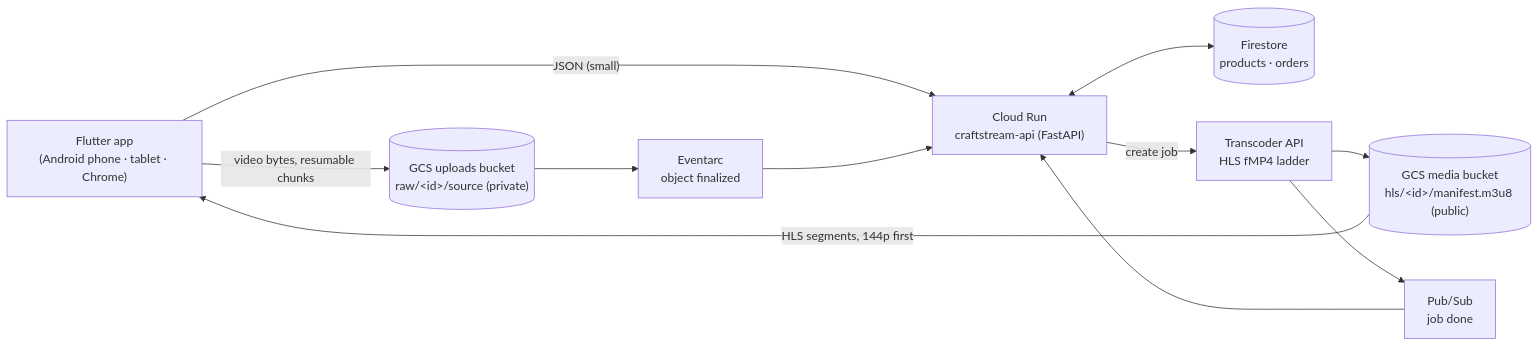
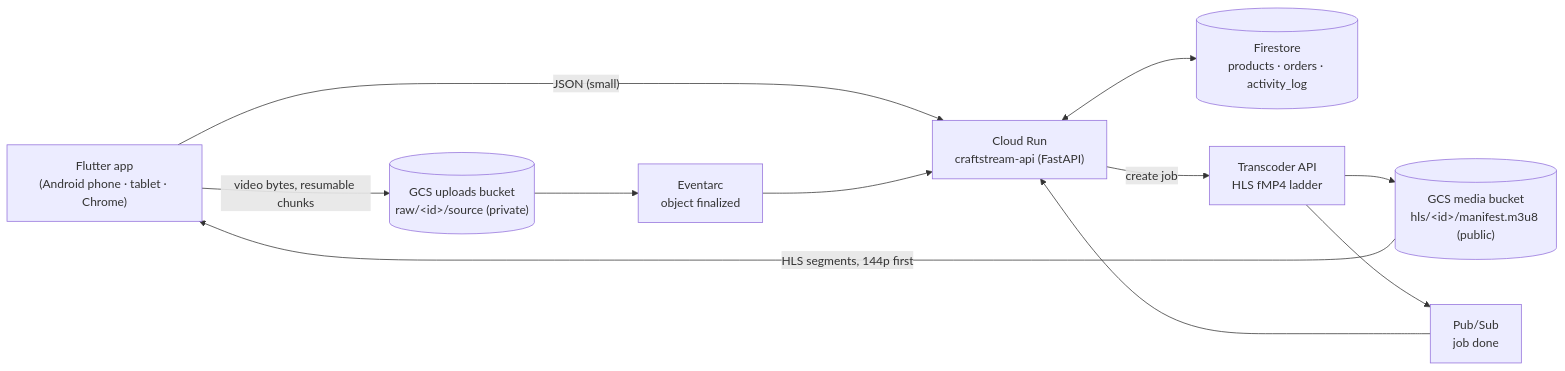
The diagram in README.md (prashantiikgp/craftstream), drawn with Mermaid before and after one commit. The commit also changed other lines of this file and 2 other files, not shown here.

First line of the commit message:
Docs: README and ARCHITECTURE for V2 (how to read the YAML, activity log, web caching); plan ticks

````diff
--- a/README.md
+++ b/README.md
@@ -21,20 +21,20 @@
 ```mermaid
 flowchart LR
   App["Flutter app<br/>(Android phone · tablet · Chrome)"]
   API["Cloud Run<br/>craftstream-api (FastAPI)"]
-  FS[("Firestore<br/>products · orders")]
+  FS[("Firestore<br/>products · orders · activity_log")]
   UP[("GCS uploads bucket<br/>raw/&lt;id&gt;/source (private)")]
   TC["Transcoder API<br/>HLS fMP4 ladder"]
   MED[("GCS media bucket<br/>hls/&lt;id&gt;/manifest.m3u8 (public)")]
   EA["Eventarc<br/>object finalized"]
   PS["Pub/Sub<br/>job done"]
 
   App -- "JSON (small)" --> API
   API <--> FS
   App -- "video bytes, resumable chunks" --> UP
   UP --> EA --> API
   API -- "create job" --> TC
   TC --> MED
   TC --> PS --> API
   MED -- "HLS segments, 144p first" --> App
 ```
````
